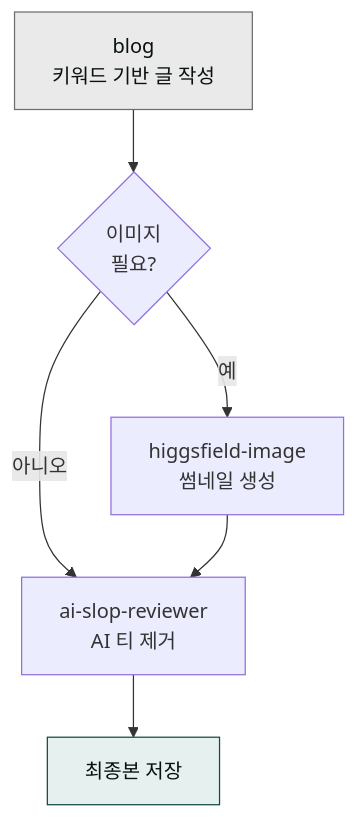
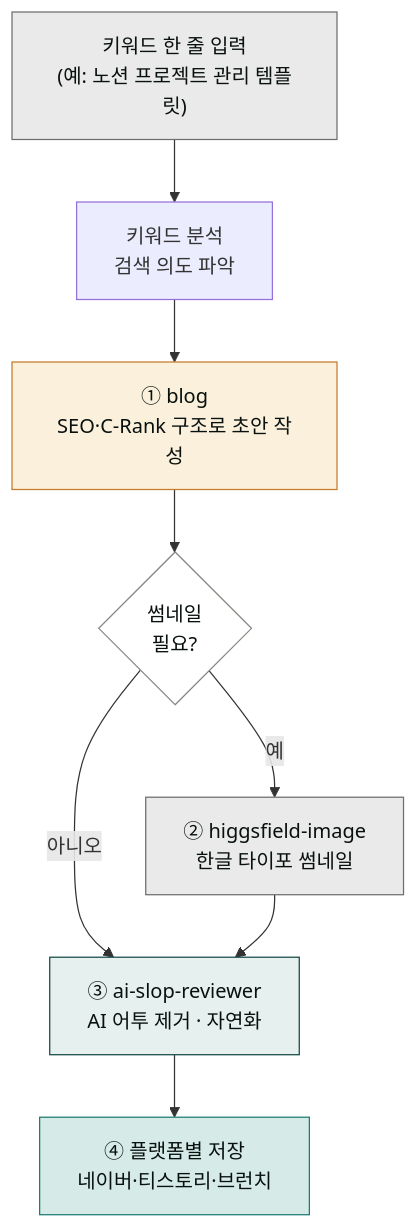
The diagram in content/cookbook/blog-pipeline.md (modu-ai/claude), drawn with Mermaid before and after one commit. The commit also changed other lines of this file and 109 other files, not shown here.

First line of the commit message:
chore(release): v2.23.0 — drawio-diagram 스킬 제거 + docs-site 산문·SVG 보강

````diff
--- a/content/cookbook/blog-pipeline.md
+++ b/content/cookbook/blog-pipeline.md
@@ -10,11 +18,17 @@
 ```mermaid
 flowchart TD
-    A["blog<br/>키워드 기반 글 작성"] --> B{"이미지<br/>필요?"}
-    B -- "예" --> C["higgsfield-image<br/>썸네일 생성"]
-    B -- "아니오" --> D["ai-slop-reviewer<br/>AI 티 제거"]
+    START["키워드 한 줄 입력<br/>(예: 노션 프로젝트 관리 템플릿)"] --> KW["키워드 분석<br/>검색 의도 파악"]
+    KW --> A["① blog<br/>SEO·C-Rank 구조로 초안 작성"]
+    A --> B{"썸네일<br/>필요?"}
+    B -- "예" --> C["② higgsfield-image<br/>한글 타이포 썸네일"]
+    B -- "아니오" --> D["③ ai-slop-reviewer<br/>AI 어투 제거 · 자연화"]
     C --> D
-    D --> E["최종본 저장"]
+    D --> E["④ 플랫폼별 저장<br/>네이버·티스토리·브런치"]
 
-    style A fill:#eaeaea,stroke:#6e6e6e,color:#09110f
-    style E fill:#e6f0ef,stroke:#144a46,color:#09110f
+    style START fill:#eaeaea,stroke:#6e6e6e,color:#09110f
+    style A fill:#fbf0dc,stroke:#c47b2a,color:#09110f
+    style B fill:#fff,stroke:#87867f,color:#09110f
+    style C fill:#eaeaea,stroke:#6e6e6e,color:#09110f
+    style D fill:#e6f0ef,stroke:#144a46,color:#09110f
+    style E fill:#d6ebe7,stroke:#1c7c70,color:#09110f
 ```
````
